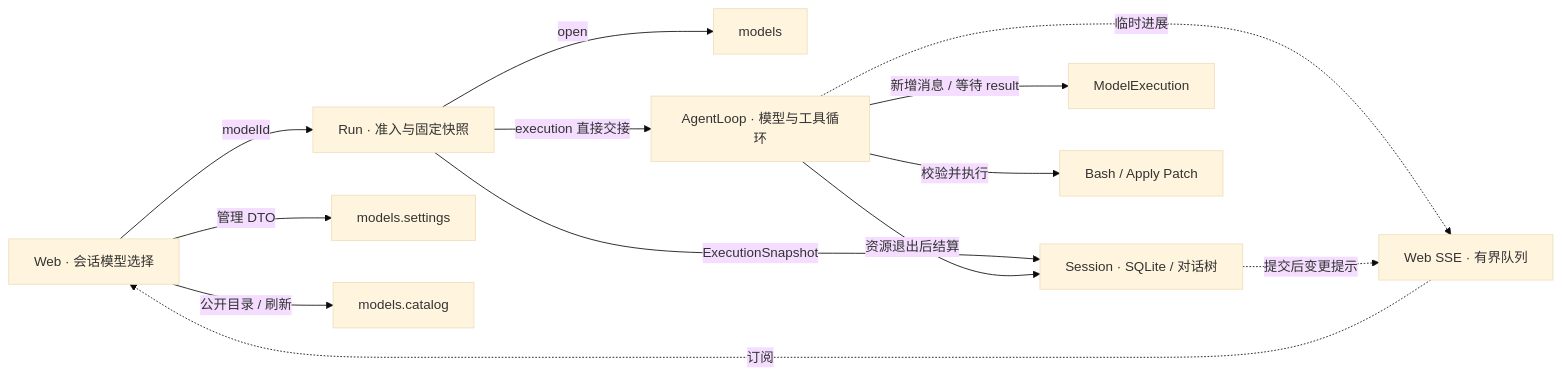
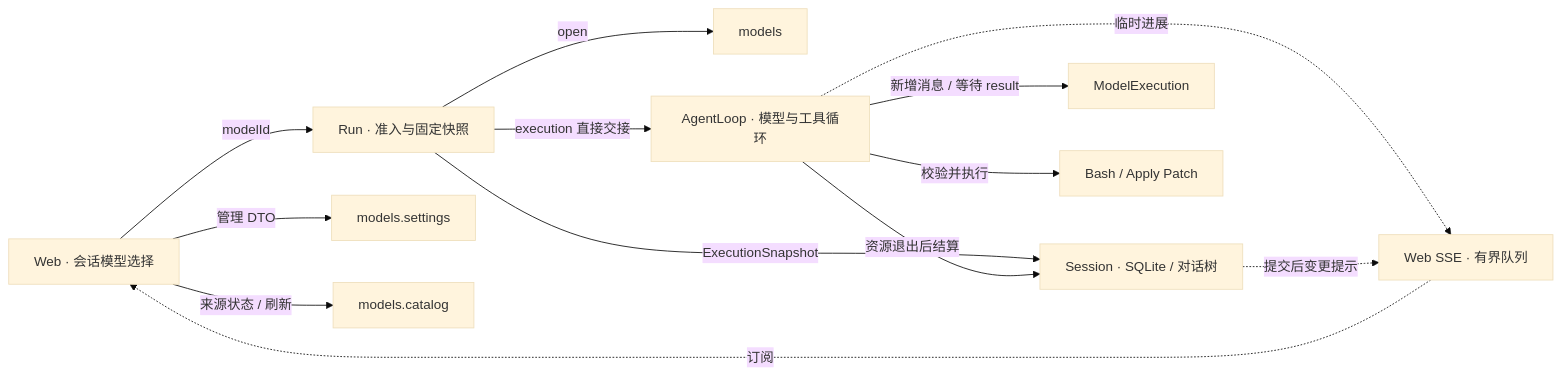
One commit to fanfan-de/AnyboxV2 changed the third of 3 diagrams in docs/architecture/models-module.md. Above: the diagram before and after it, drawn with Mermaid (base theme). The commit also changed other lines of this file and 68 other files, not shown here.

````diff
--- a/docs/architecture/models-module.md
+++ b/docs/architecture/models-module.md
@@ -111,15 +133,15 @@
 ```mermaid
 flowchart LR
     web["Web · 会话模型选择"] -->|modelId| run["Run · 准入与固定快照"]
     web -->|管理 DTO| settings["models.settings"]
-    web -->|公开目录 / 刷新| catalog["models.catalog"]
+    web -->|来源状态 / 刷新| catalog["models.catalog"]
     run -->|open| models["models"]
     run -->|ExecutionSnapshot| session["Session · SQLite / 对话树"]
     run -->|execution 直接交接| loop["AgentLoop · 模型与工具循环"]
     loop -->|新增消息 / 等待 result| execution["ModelExecution"]
     loop -->|校验并执行| tools["Bash / Apply Patch"]
     loop -->|资源退出后结算| session
     loop -.->|临时进展| sse["Web SSE · 有界队列"]
     session -.->|提交后变更提示| sse
     sse -.->|订阅| web
 ```
````
